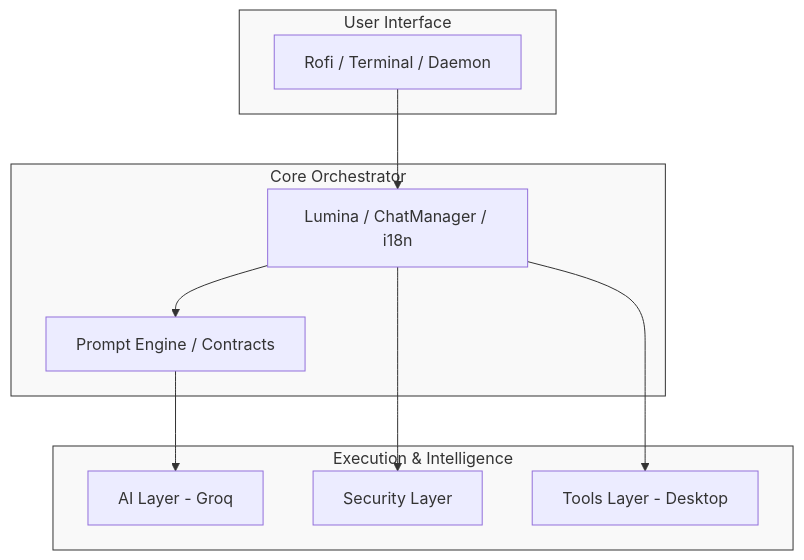
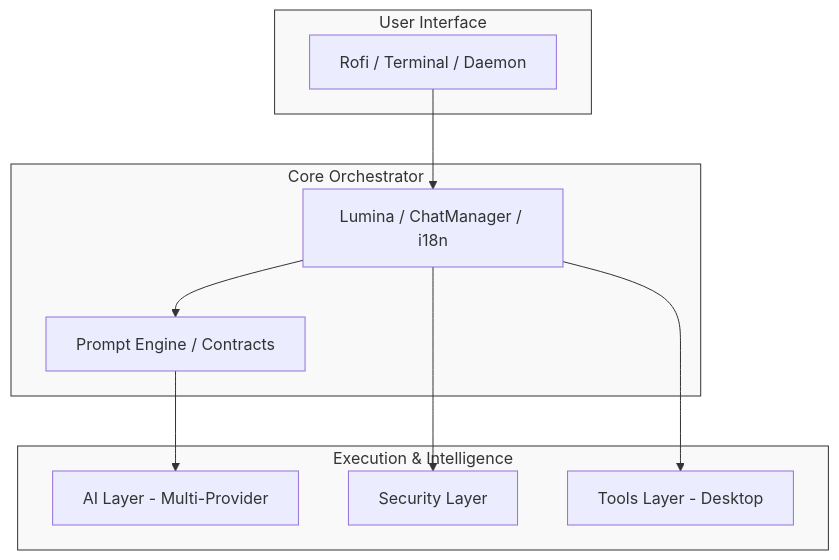
One commit to Rafacuy/desklumina changed the first of 2 diagrams in docs/05-architecture.md. Above: the diagram before and after it, drawn with Mermaid. The commit also changed other lines of this file and 114 other files, not shown here.

First line of the commit message:
feat: add multi-provider AI with provider-agnostic model config

````diff
--- a/docs/05-architecture.md
+++ b/docs/05-architecture.md
@@ -26,27 +26,27 @@
 ```mermaid
 flowchart TD
     subgraph Frontend [User Interface]
         UI[Rofi / Terminal / Daemon]
     end
 
     subgraph Logic [Core Orchestrator]
         Core[Lumina / ChatManager / i18n]
         Prompt[Prompt Engine / Contracts]
     end
 
     subgraph Backend [Execution & Intelligence]
-        AI[AI Layer - Groq]
+        AI[AI Layer - Multi-Provider]
         Security[Security Layer]
         Tools[Tools Layer - Desktop]
     end
 
     UI --> Core
     Core --> Prompt
     Prompt --> AI
     Core --> Security
     Core --> Tools
 
     style Frontend fill:#f9f9f9,stroke:#333
     style Logic fill:#f9f9f9,stroke:#333
     style Backend fill:#f9f9f9,stroke:#333
 ```
````
